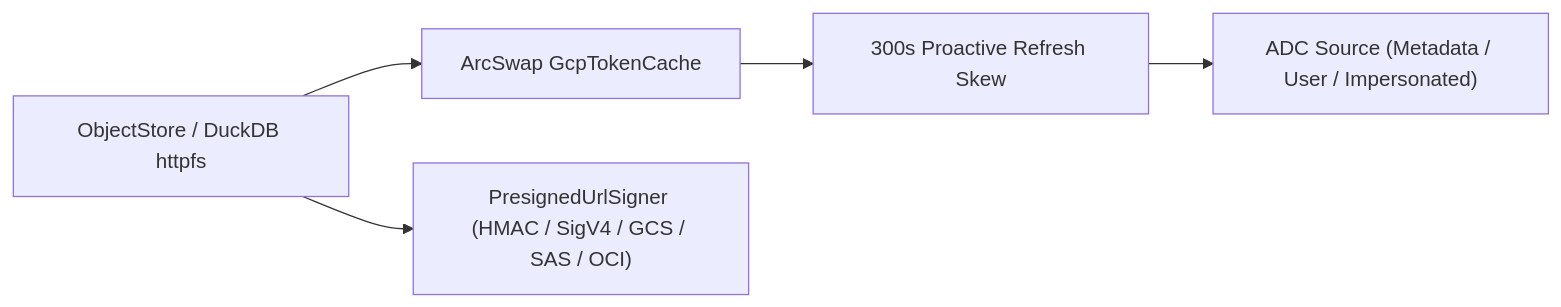
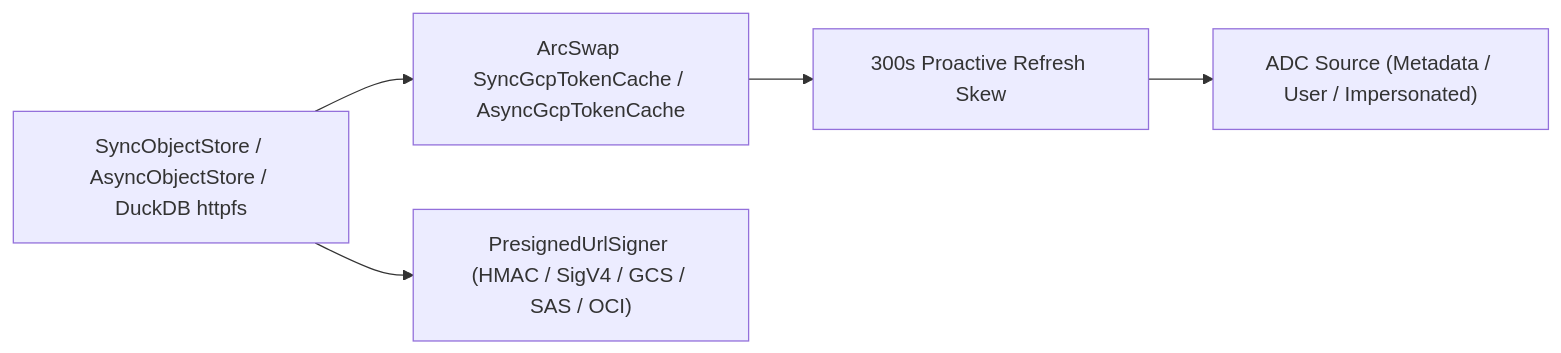
The diagram in docs/usage/storage-auth-and-signing.md (cofin/vertebra), drawn with Mermaid before and after one commit. The commit also changed other lines of this file and 222 other files, not shown here.

First line of the commit message:
refactor: standardize leading Sync/Async class splits, VertebraPlugin names, and CLI extensions (#75)

````diff
--- a/docs/usage/storage-auth-and-signing.md
+++ b/docs/usage/storage-auth-and-signing.md
@@ -5,7 +5,7 @@
 ```mermaid
 flowchart LR
-    Store["ObjectStore / DuckDB httpfs"] --> Cache["ArcSwap GcpTokenCache"]
+    Store["SyncObjectStore / AsyncObjectStore / DuckDB httpfs"] --> Cache["ArcSwap SyncGcpTokenCache / AsyncGcpTokenCache"]
     Cache --> Skew["300s Proactive Refresh Skew"]
     Skew --> Source["ADC Source (Metadata / User / Impersonated)"]
     Store --> Signer["PresignedUrlSigner (HMAC / SigV4 / GCS / SAS / OCI)"]
 ```
````
